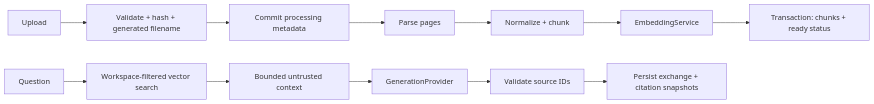
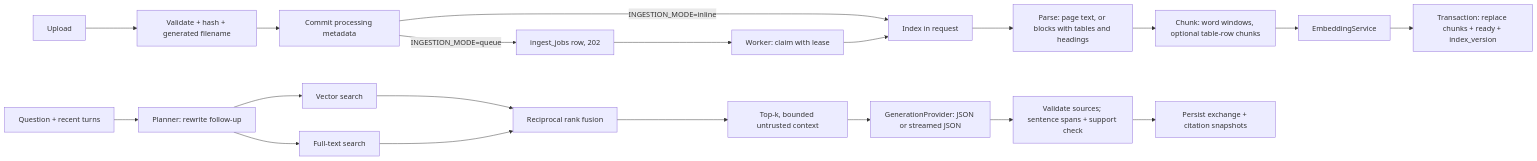
The diagram in docs/ARCHITECTURE.md (omarelweeshy/docintel-ai), drawn with Mermaid before and after one commit. The commit also changed other lines of this file and 20 other files, not shown here.

First line of the commit message:
Record ablation rows 2-4, update README, ARCHITECTURE and DECISIONS

````diff
--- a/docs/ARCHITECTURE.md
+++ b/docs/ARCHITECTURE.md
@@ -7,14 +7,22 @@
 ```mermaid
 flowchart LR
     U[Upload] --> V[Validate + hash + generated filename]
     V --> M[Commit processing metadata]
-    M --> P[Parse pages]
-    P --> C[Normalize + chunk]
+    M -->|INGESTION_MODE=inline| I[Index in request]
+    M -->|INGESTION_MODE=queue| J[ingest_jobs row, 202]
+    J --> W[Worker: claim with lease]
+    W --> I
+    I --> P[Parse: page text, or blocks with tables and headings]
+    P --> C[Chunk: word windows, optional table-row chunks]
     C --> E[EmbeddingService]
-    E --> T[Transaction: chunks + ready status]
-    Q[Question] --> R[Workspace-filtered vector search]
-    R --> B[Bounded untrusted context]
-    B --> G[GenerationProvider]
-    G --> O[Validate source IDs]
+    E --> T[Transaction: replace chunks + ready + index_version]
+    Q[Question + recent turns] --> PL[Planner: rewrite follow-up]
+    PL --> R1[Vector search]
+    PL --> R2[Full-text search]
+    R1 --> F[Reciprocal rank fusion]
+    R2 --> F
+    F --> B[Top-k, bounded untrusted context]
+    B --> G[GenerationProvider: JSON or streamed JSON]
+    G --> O[Validate sources; sentence spans + support check]
     O --> H[Persist exchange + citation snapshots]
 ```
````
